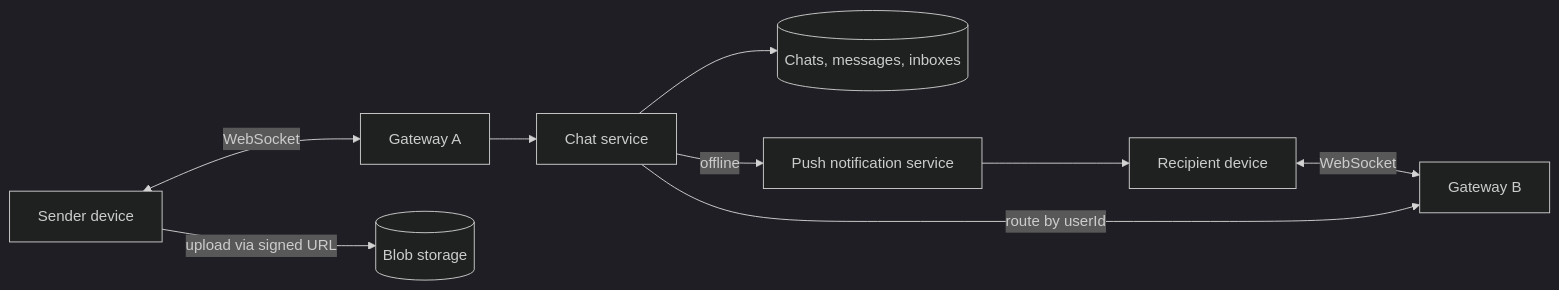
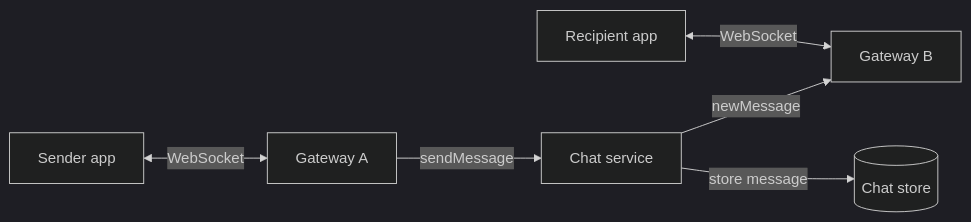
One commit to spabolu/system-design-modern changed the second of 10 diagrams in docs/06-case-studies/chat-messaging.md. Above: the diagram before and after it, drawn with Mermaid (dark theme). The commit also changed other lines of this file, not shown here.

Commit message:
Rewrite chat messaging case study as a mock interview

````diff
--- a/docs/06-case-studies/chat-messaging.md
+++ b/docs/06-case-studies/chat-messaging.md
@@ -75,11 +120,8 @@
 ```mermaid
 flowchart LR
-  A[Sender device] <-->|WebSocket| G1[Gateway A]
-  B[Recipient device] <-->|WebSocket| G2[Gateway B]
-  G1 --> CS[Chat service]
-  CS --> DB[(Chats, messages, inboxes)]
-  CS -->|"route by userId"| G2
-  CS -->|offline| PN[Push notification service]
-  A -->|"upload via signed URL"| BL[(Blob storage)]
-  PN --> B
+  A[Sender app] <-->|WebSocket| G1[Gateway A]
+  B[Recipient app] <-->|WebSocket| G2[Gateway B]
+  G1 -->|sendMessage| CS[Chat service]
+  CS -->|"store message"| DB[("Chat store")]
+  CS -->|newMessage| G2
 ```
````
